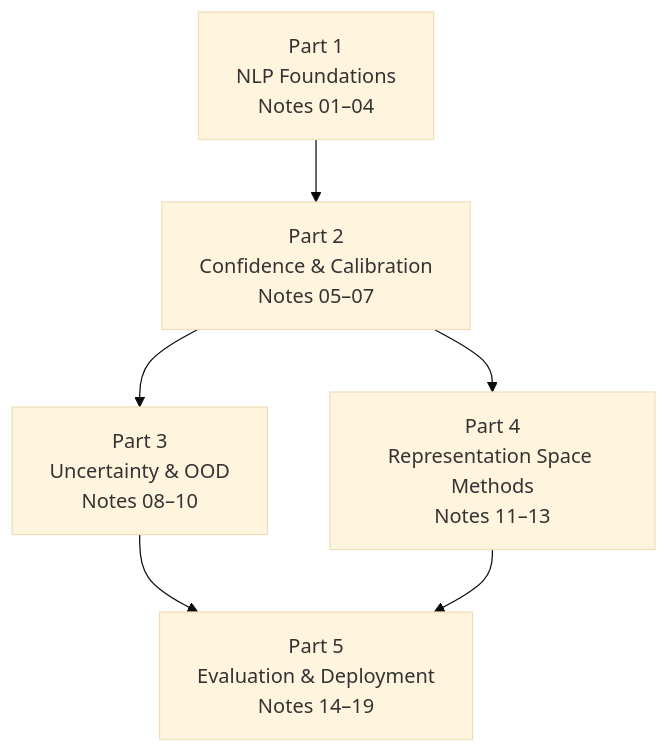
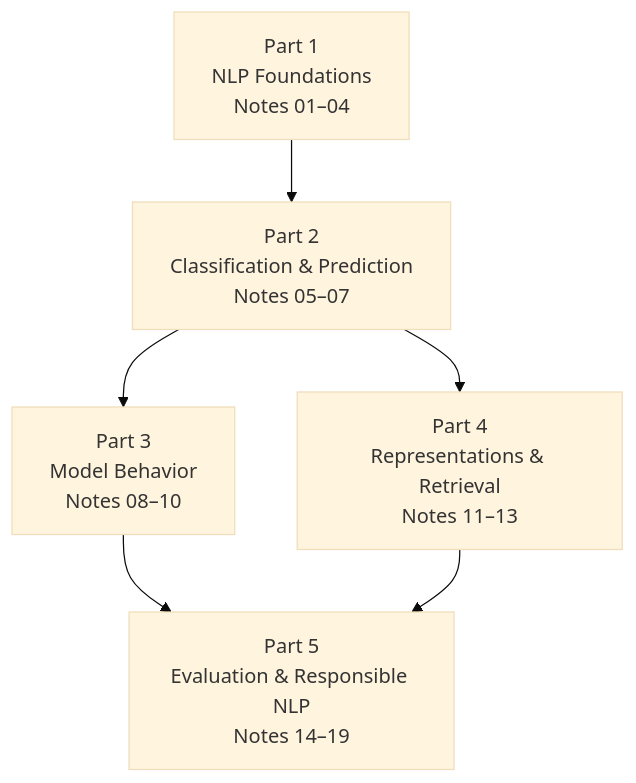
One commit to auraflaa/Study-notes-on-Natural-Language-Processing changed the diagram in README.md. Above: the diagram before and after it, drawn with Mermaid (base theme). The commit also changed other lines of this file, not shown here.

Commit message:
docs: reframe README for general NLP

````diff
--- a/README.md
+++ b/README.md
@@ -102,8 +107,8 @@
 ```mermaid
 flowchart TD
-    P1["Part 1<br/>NLP Foundations<br/>Notes 01–04"] --> P2["Part 2<br/>Confidence & Calibration<br/>Notes 05–07"]
-    P2 --> P3["Part 3<br/>Uncertainty & OOD<br/>Notes 08–10"]
-    P2 --> P4["Part 4<br/>Representation Space Methods<br/>Notes 11–13"]
-    P3 --> P5["Part 5<br/>Evaluation & Deployment<br/>Notes 14–19"]
+    P1["Part 1<br/>NLP Foundations<br/>Notes 01–04"] --> P2["Part 2<br/>Classification & Prediction<br/>Notes 05–07"]
+    P2 --> P3["Part 3<br/>Model Behavior<br/>Notes 08–10"]
+    P2 --> P4["Part 4<br/>Representations & Retrieval<br/>Notes 11–13"]
+    P3 --> P5["Part 5<br/>Evaluation & Responsible NLP<br/>Notes 14–19"]
     P4 --> P5
 ```
````
